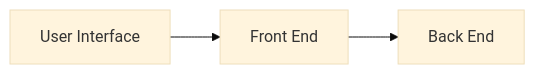
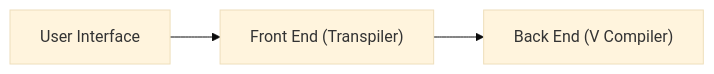
Before and after one commit to Jeremy-JYL/bc: the diagram in README.md, drawn with Mermaid (base theme).

Commit message:
Added the diagram

````diff
--- a/README.md
+++ b/README.md
@@ -12,10 +12,10 @@
 ```mermaid
 flowchart LR;
   UI["User Interface"]
-  FR["Front End"]
-  BA["Back End"]
+  FR["Front End (Transpiler)"]
+  BA["Back End (V Compiler)"]
 
   UI --> FR;
   FR --> BA;
 
 ```
````
